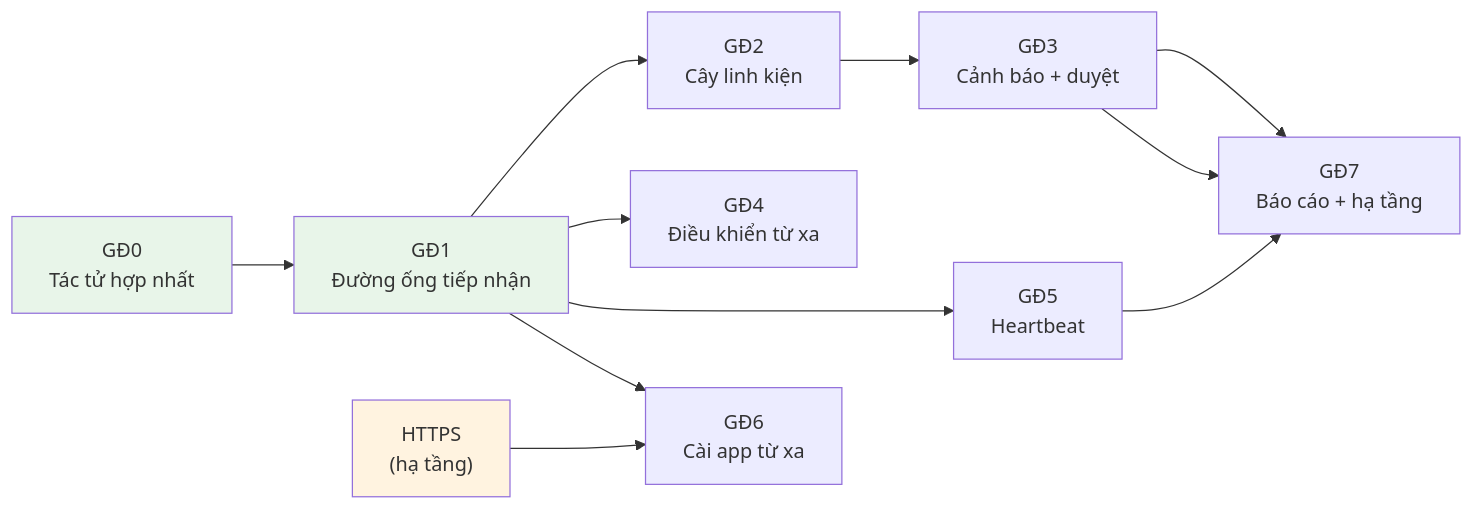
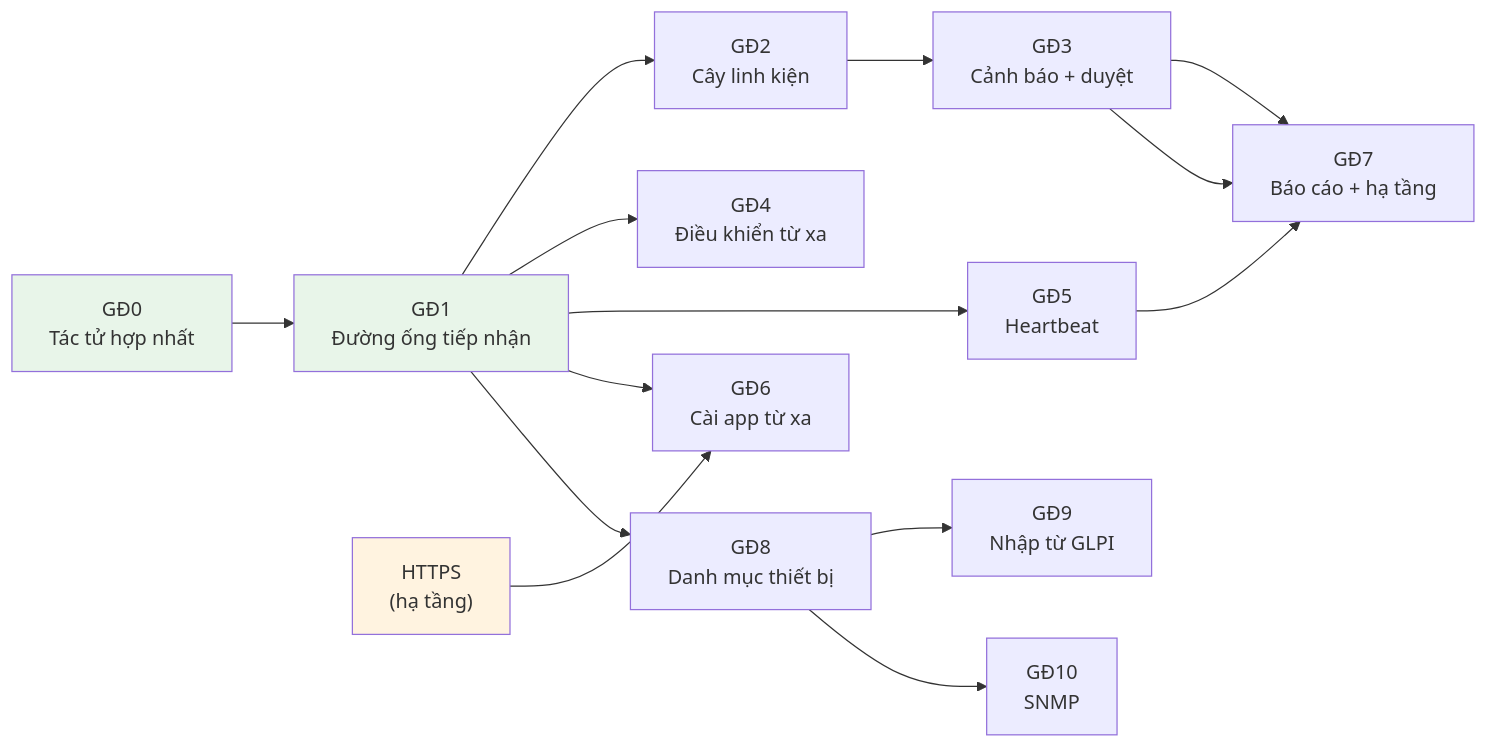
One commit to Hoangnguy113/snipe-it changed the diagram in docs/superpowers/plans/2026-09-30-tich-hop-tac-tu-qlts-tong-the.md. Above: the diagram before and after it, drawn with Mermaid. The commit also changed other lines of this file and 1 other file, not shown here.

Commit message:
Spec+Plan: mở rộng danh mục thiết bị ngang GLPI, nhập GLPI, SNMP (GĐ8-10)

````diff
--- a/docs/superpowers/plans/2026-09-30-tich-hop-tac-tu-qlts-tong-the.md
+++ b/docs/superpowers/plans/2026-09-30-tich-hop-tac-tu-qlts-tong-the.md
@@ -38,24 +41,27 @@
 ```mermaid
 flowchart LR
     GD0["GĐ0<br/>Tác tử hợp nhất"]
     GD1["GĐ1<br/>Đường ống tiếp nhận"]
     GD2["GĐ2<br/>Cây linh kiện"]
     GD3["GĐ3<br/>Cảnh báo + duyệt"]
     GD4["GĐ4<br/>Điều khiển từ xa"]
     GD5["GĐ5<br/>Heartbeat"]
     TLS["HTTPS<br/>(hạ tầng)"]
     GD6["GĐ6<br/>Cài app từ xa"]
     GD7["GĐ7<br/>Báo cáo + hạ tầng"]
 
     GD0 --> GD1
     GD1 --> GD2 --> GD3 --> GD7
     GD1 --> GD4
     GD1 --> GD5 --> GD7
     GD1 --> GD6
+    GD1 --> GD8["GĐ8<br/>Danh mục thiết bị"]
+    GD8 --> GD9["GĐ9<br/>Nhập từ GLPI"]
+    GD8 --> GD10["GĐ10<br/>SNMP"]
     TLS --> GD6
     GD3 --> GD7
 
     style GD0 fill:#e8f5e9
     style GD1 fill:#e8f5e9
     style TLS fill:#fff3e0
 ```
````
